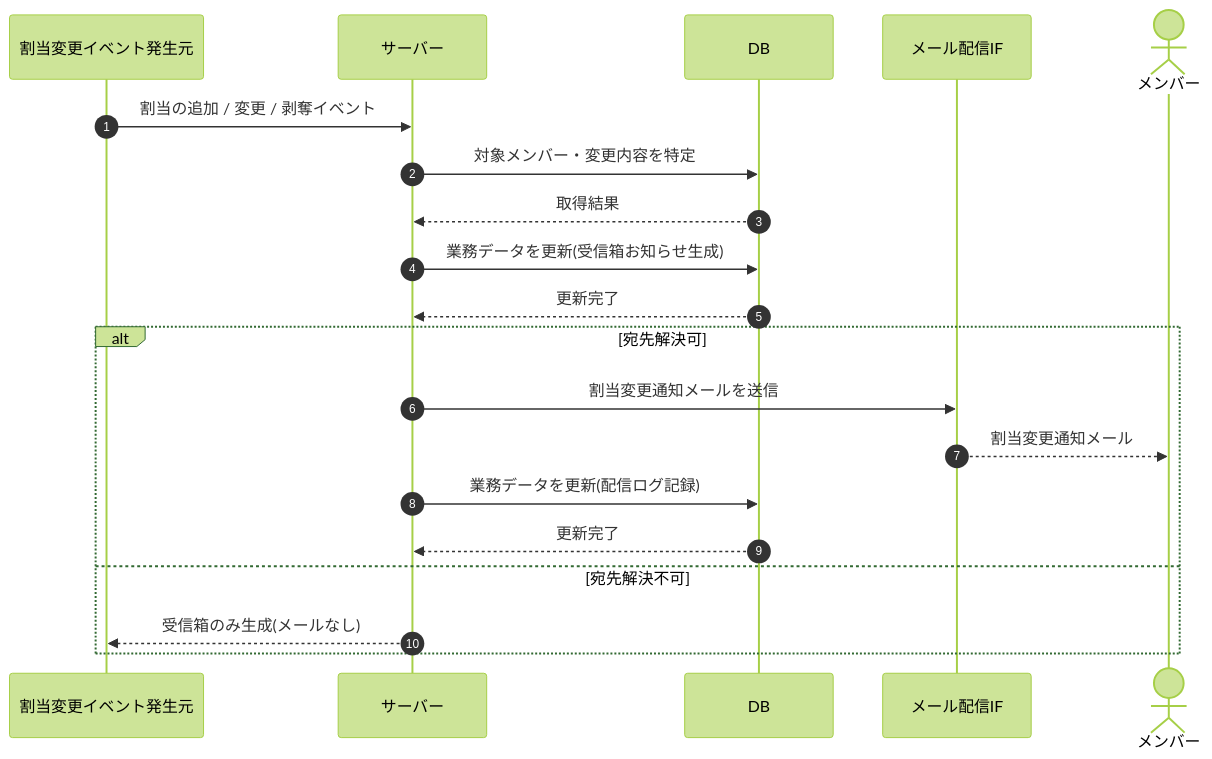
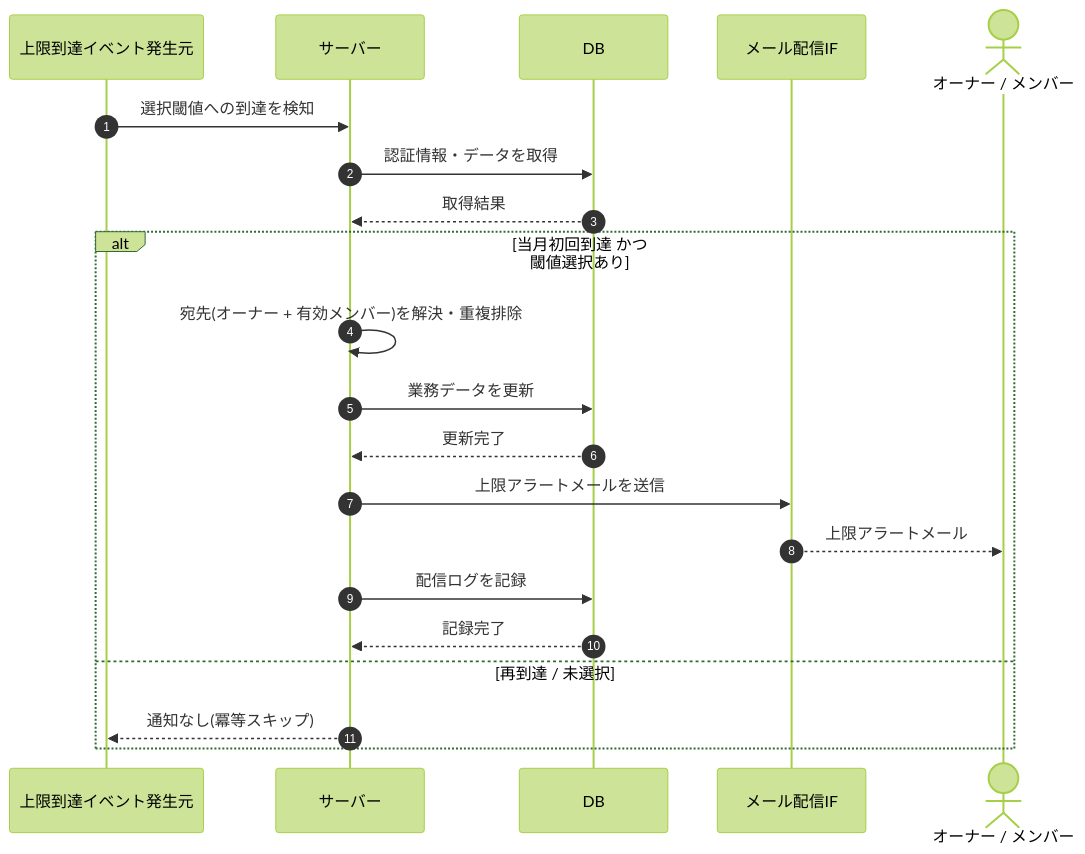
Before and after one commit to sikakou54/open-faq: the diagram in 02_basic_design/03_sequences/SEQ-094.md, drawn with Mermaid (forest theme). The commit also changed other lines of this file and 99 other files, not shown here.

````diff
--- a/02_basic_design/03_sequences/SEQ-094.md
+++ b/02_basic_design/03_sequences/SEQ-094.md
@@ -25,22 +25,23 @@
 ```mermaid
 sequenceDiagram
   autonumber
-  participant E as 割当変更イベント発生元
+  participant G as 上限到達イベント発生元
   participant Server as サーバー
   participant DB as DB
   participant MAIL as メール配信IF
-  actor M as メンバー
-  E->>Server: 割当の追加 / 変更 / 剥奪イベント
-  Server->>DB: 対象メンバー・変更内容を特定
+  actor U as オーナー / メンバー
+  G->>Server: 選択閾値への到達を検知
+  Server->>DB: 認証情報・データを取得
   DB-->>Server: 取得結果
-  Server->>DB: 業務データを更新(受信箱お知らせ生成)
-  DB-->>Server: 更新完了
-  alt 宛先解決可
-    Server->>MAIL: 割当変更通知メールを送信
-    MAIL-->>M: 割当変更通知メール
-    Server->>DB: 業務データを更新(配信ログ記録)
+  alt 当月初回到達 かつ 閾値選択あり
+    Server->>Server: 宛先(オーナー + 有効メンバー)を解決・重複排除
+    Server->>DB: 業務データを更新
     DB-->>Server: 更新完了
-  else 宛先解決不可
-    Server-->>E: 受信箱のみ生成(メールなし)
+    Server->>MAIL: 上限アラートメールを送信
+    MAIL-->>U: 上限アラートメール
+    Server->>DB: 配信ログを記録
+    DB-->>Server: 記録完了
+  else 再到達 / 未選択
+    Server-->>G: 通知なし(冪等スキップ)
   end
 ```
````
